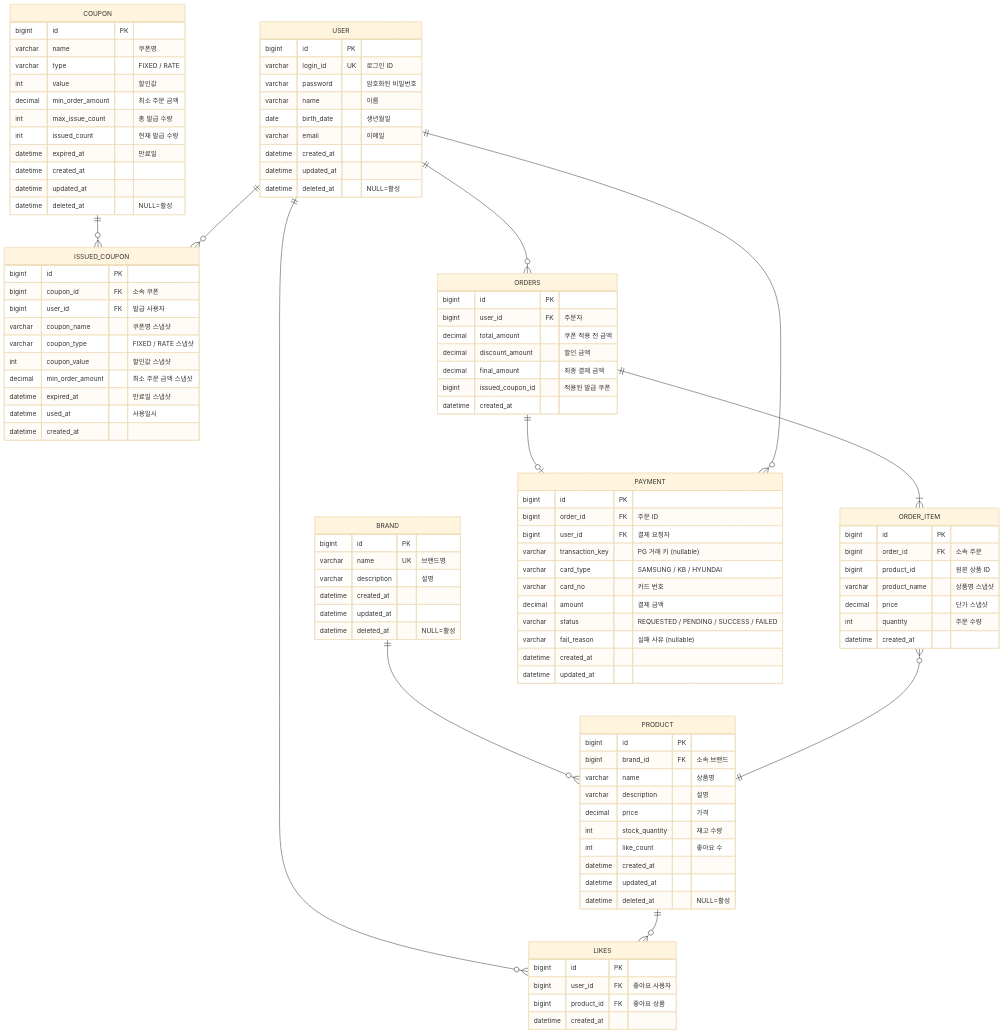
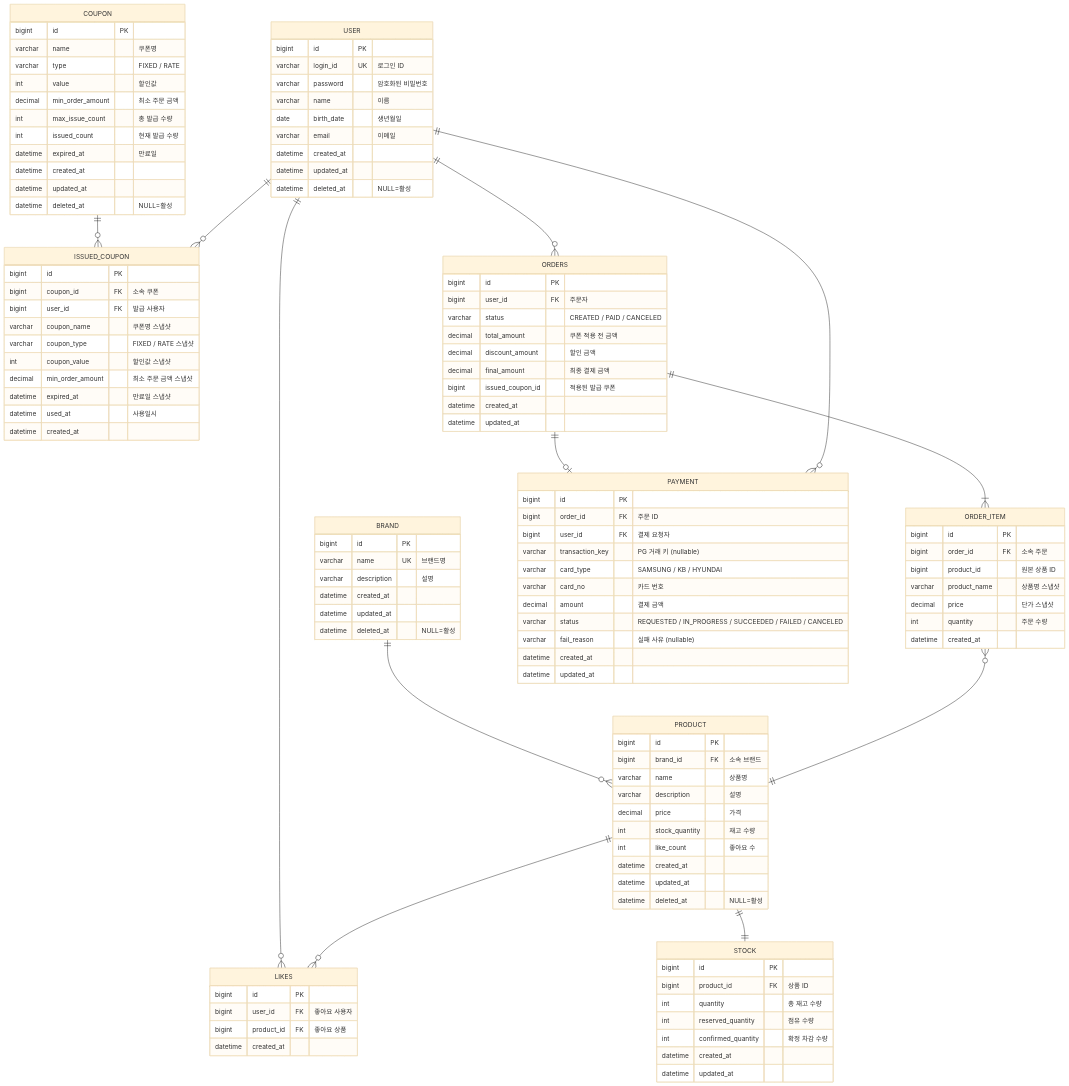
Before and after one commit to Loopers-dev-lab/loop-pack-be-l2-vol3-java: the diagram in docs/design/erd.md, drawn with Mermaid (base theme). The commit also changed other lines of this file and 22 other files, not shown here.

```diff
--- a/docs/design/erd.md
+++ b/docs/design/erd.md
@@ -75,14 +75,26 @@
         datetime created_at
     }
 
+    STOCK {
+        bigint id PK
+        bigint product_id FK "상품 ID"
+        int quantity "총 재고 수량"
+        int reserved_quantity "점유 수량"
+        int confirmed_quantity "확정 차감 수량"
+        datetime created_at
+        datetime updated_at
+    }
+
     ORDERS {
         bigint id PK
         bigint user_id FK "주문자"
+        varchar status "CREATED / PAID / CANCELED"
         decimal total_amount "쿠폰 적용 전 금액"
         decimal discount_amount "할인 금액"
         decimal final_amount "최종 결제 금액"
         bigint issued_coupon_id "적용된 발급 쿠폰"
         datetime created_at
+        datetime updated_at
     }
 
     ORDER_ITEM {
@@ -103,12 +115,13 @@
         varchar card_type "SAMSUNG / KB / HYUNDAI"
         varchar card_no "카드 번호"
         decimal amount "결제 금액"
-        varchar status "REQUESTED / PENDING / SUCCESS / FAILED"
+        varchar status "REQUESTED / IN_PROGRESS / SUCCEEDED / FAILED / CANCELED"
         varchar fail_reason "실패 사유 (nullable)"
         datetime created_at
         datetime updated_at
     }
 
+    PRODUCT ||--|| STOCK : ""
     BRAND ||--o{ PRODUCT : ""
     USER ||--o{ LIKES : ""
     PRODUCT ||--o{ LIKES : ""
```
